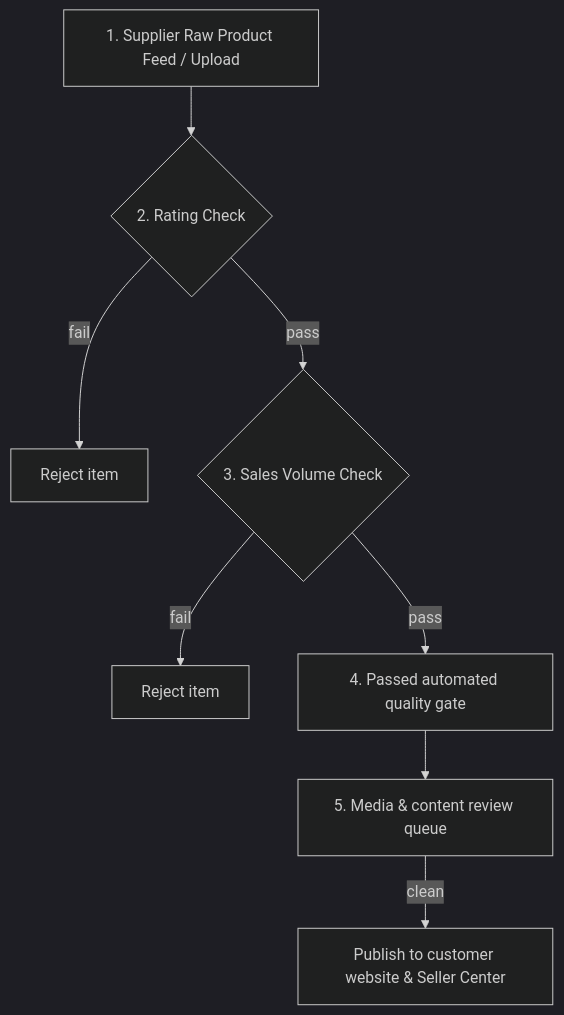
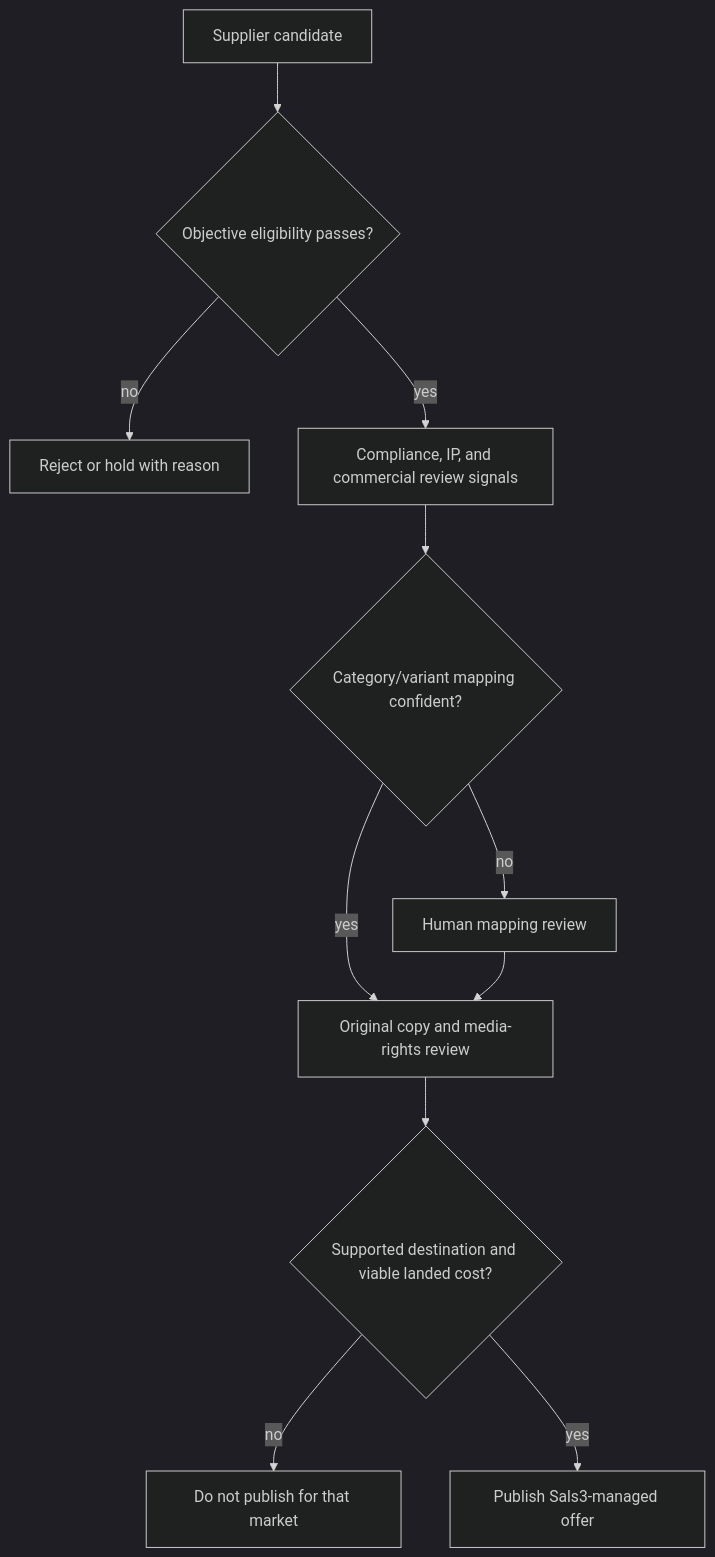
One commit to Sals3-Official/sals3-ecommerce changed the third of 3 diagrams in docs/Wiki/wiki/sals3-end-to-end-process-flow.md. Above: the diagram before and after it, drawn with Mermaid (dark theme). The commit also changed other lines of this file and 16 other files, not shown here.

````diff
--- a/docs/Wiki/wiki/sals3-end-to-end-process-flow.md
+++ b/docs/Wiki/wiki/sals3-end-to-end-process-flow.md
@@ -57,10 +61,13 @@
 ```mermaid
 graph TD
-    RawFeed["1. Supplier Raw Product Feed / Upload"] --> StarFilter{"2. Rating Check"}
-    StarFilter -- fail --> Reject1["Reject item"]
-    StarFilter -- pass --> SalesFilter{"3. Sales Volume Check"}
-    SalesFilter -- fail --> Reject2["Reject item"]
-    SalesFilter -- pass --> PassFilter["4. Passed automated quality gate"]
-    PassFilter --> MediaReview["5. Media & content review queue"]
-    MediaReview -->|clean| Publish["Publish to customer website & Seller Center"]
+    RawFeed["Supplier candidate"] --> Technical{"Objective eligibility passes?"}
+    Technical -- no --> Reject["Reject or hold with reason"]
+    Technical -- yes --> Risk["Compliance, IP, and commercial review signals"]
+    Risk --> Mapping{"Category/variant mapping confident?"}
+    Mapping -- no --> Review["Human mapping review"]
+    Mapping -- yes --> Editorial["Original copy and media-rights review"]
+    Review --> Editorial
+    Editorial --> Quote{"Supported destination and viable landed cost?"}
+    Quote -- no --> Hold["Do not publish for that market"]
+    Quote -- yes --> Publish["Publish Sals3-managed offer"]
 ```
````
